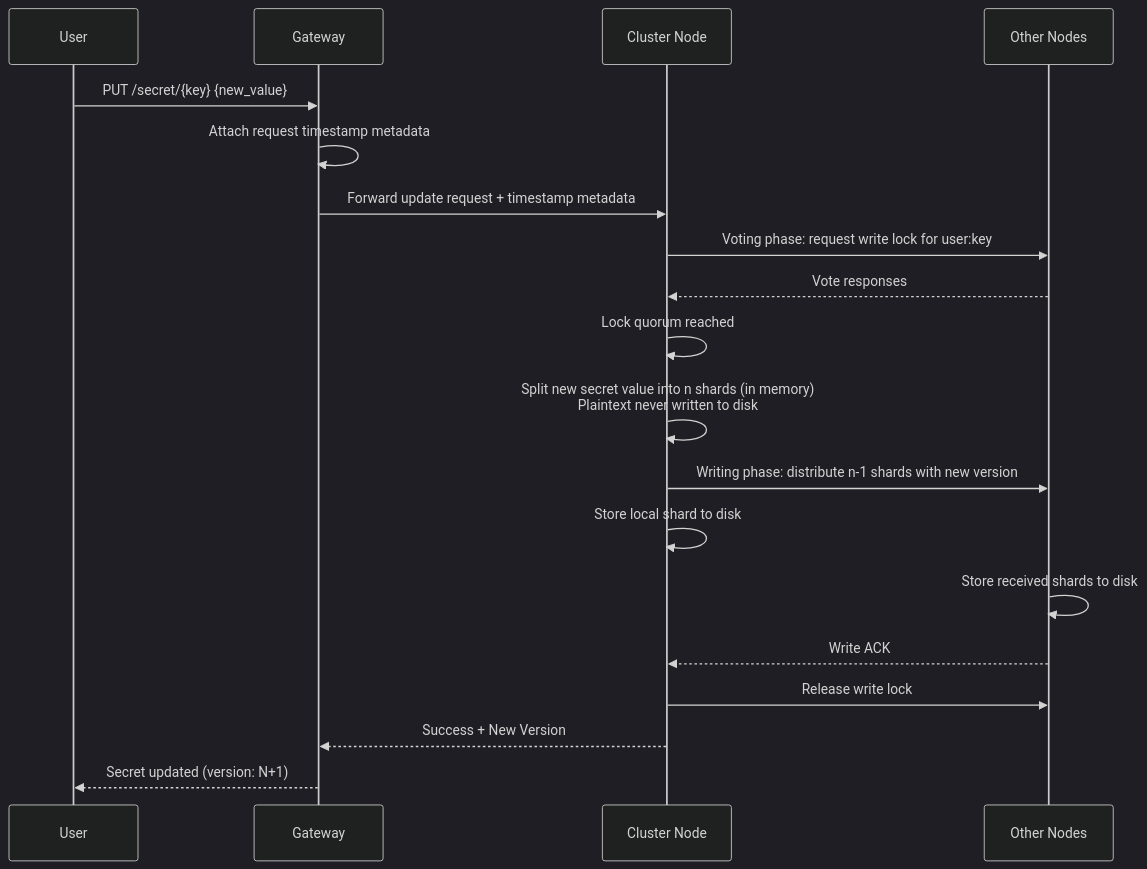
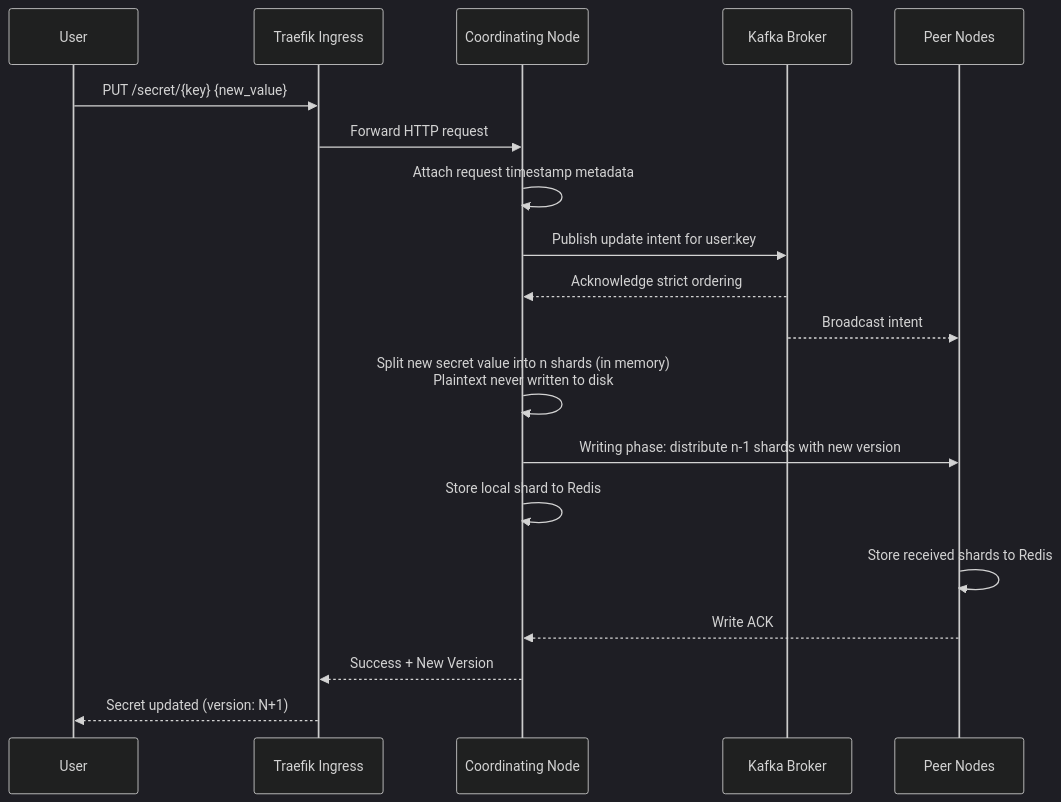
Before and after one commit to S26-Distributed-Capstone/DistributedSecretsVault: the fourth of 6 diagrams in docs/architecture.md, drawn with Mermaid (dark theme). The commit also changed other lines of this file and 7 other files, not shown here.

````diff
--- a/docs/architecture.md
+++ b/docs/architecture.md
@@ -111,22 +112,22 @@
 ```mermaid
 sequenceDiagram
     participant User
-    participant Gateway
-    participant Node1 as Cluster Node
-    participant Nodes as Other Nodes
+    participant Ingress as Traefik Ingress
+    participant Node1 as Coordinating Node
+    participant Kafka as Kafka Broker
+    participant Nodes as Peer Nodes
 
-    User->>Gateway: PUT /secret/{key} {new_value}
-    Gateway->>Gateway: Attach request timestamp metadata
-    Gateway->>Node1: Forward update request + timestamp metadata
-    Node1->>Nodes: Voting phase: request write lock for user:key
-    Nodes-->>Node1: Vote responses
-    Node1->>Node1: Lock quorum reached
+    User->>Ingress: PUT /secret/{key} {new_value}
+    Ingress->>Node1: Forward HTTP request
+    Node1->>Node1: Attach request timestamp metadata
+    Node1->>Kafka: Publish update intent for user:key
+    Kafka-->>Node1: Acknowledge strict ordering
+    Kafka-->>Nodes: Broadcast intent
     Node1->>Node1: Split new secret value into n shards (in memory)<br/>Plaintext never written to disk
     Node1->>Nodes: Writing phase: distribute n-1 shards with new version
-    Node1->>Node1: Store local shard to disk
-    Nodes->>Nodes: Store received shards to disk
+    Node1->>Node1: Store local shard to Redis
+    Nodes->>Nodes: Store received shards to Redis
     Nodes-->>Node1: Write ACK
-    Node1->>Nodes: Release write lock
-    Node1-->>Gateway: Success + New Version
-    Gateway-->>User: Secret updated (version: N+1)
+    Node1-->>Ingress: Success + New Version
+    Ingress-->>User: Secret updated (version: N+1)
 ```
````
